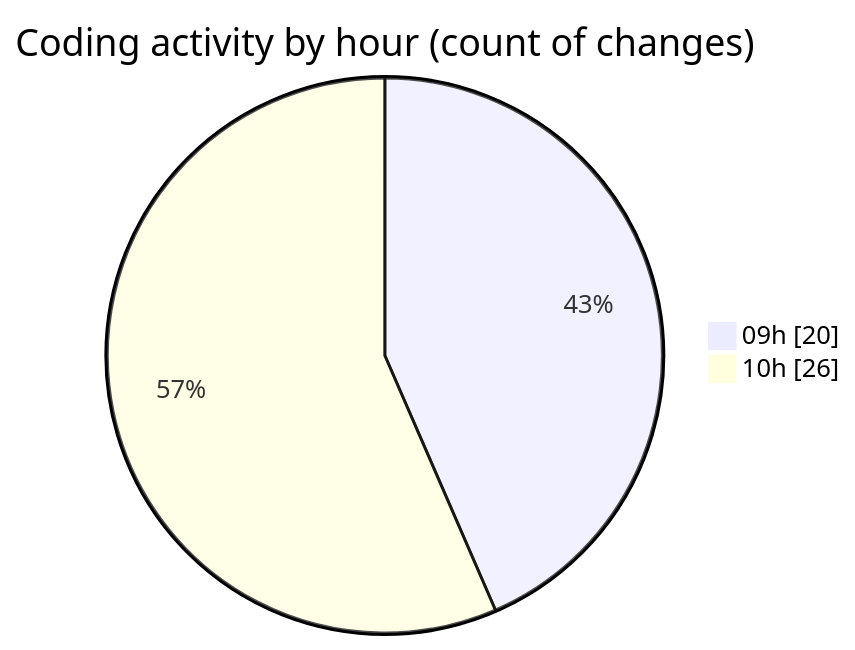
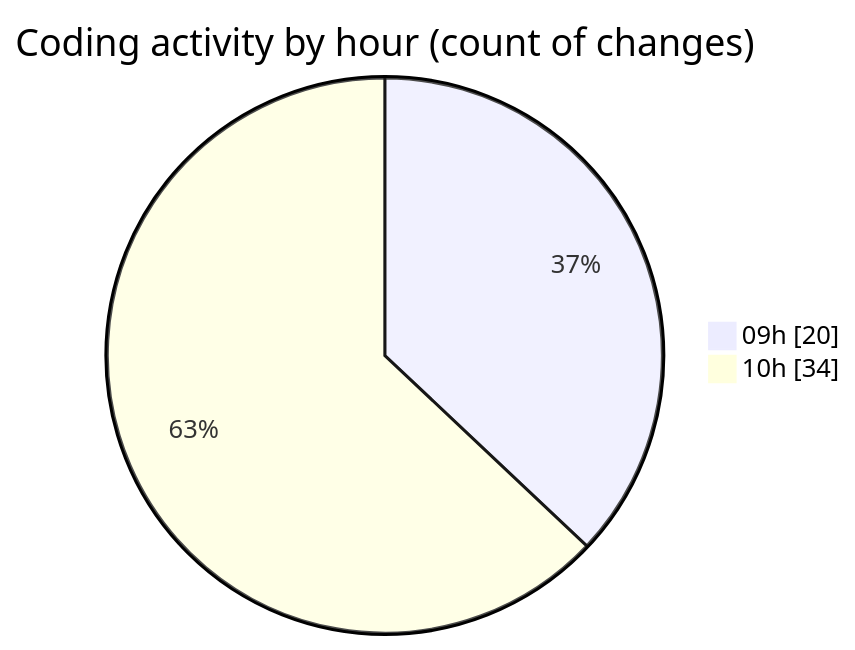
Before and after one commit to robertbonfada/code-tracking: the second of 2 diagrams in 2025-03-19/peregrino-web/README.md, drawn with Mermaid. The commit also changed other lines of this file and 1 other file, not shown here.

````diff
--- a/2025-03-19/peregrino-web/README.md
+++ b/2025-03-19/peregrino-web/README.md
@@ -36,6 +38,6 @@
 ```mermaid
 pie showData
 title Coding activity by hour (count of changes)
 "09h" : 20
-"10h" : 26
+"10h" : 34
 ```
````
